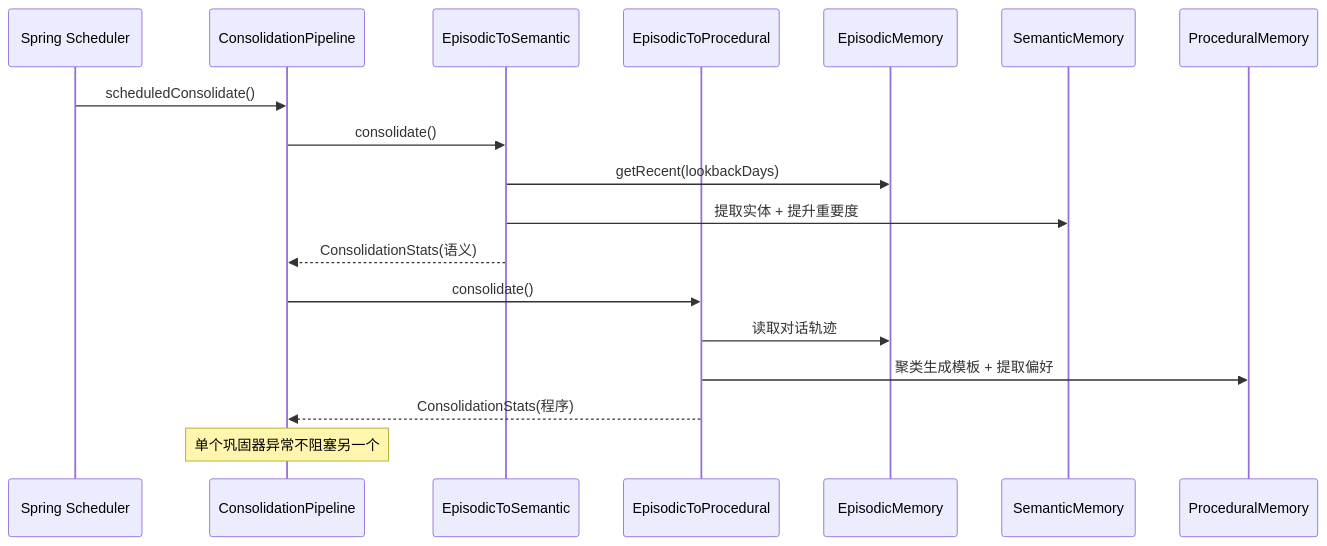
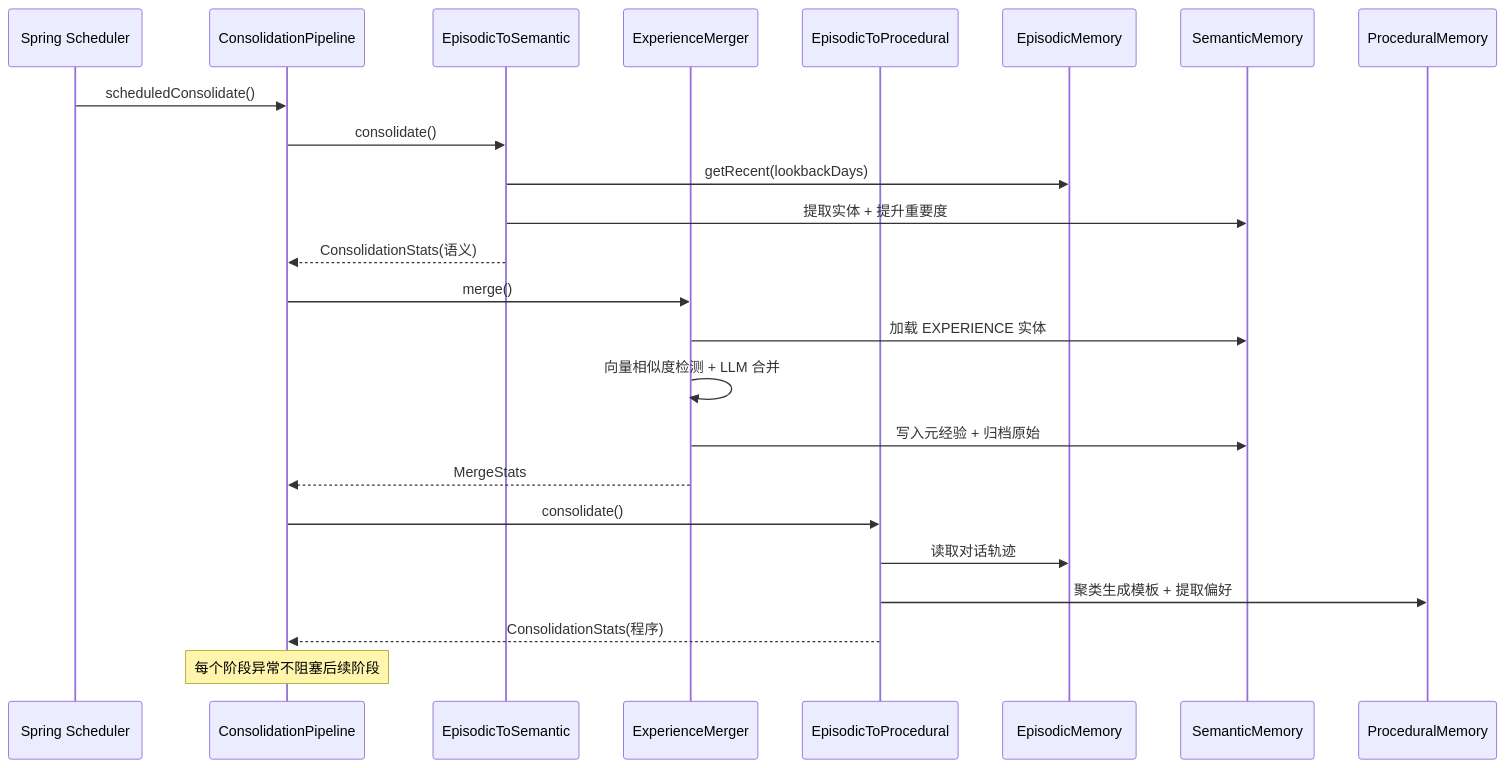
Before and after one commit to ntygod/LifePilot: the second of 3 diagrams in docs/architecture/memory-advanced.md, drawn with Mermaid. The commit also changed other lines of this file and 2 other files, not shown here.

Commit message:
docs(memory): 更新记忆系统文档反映经验学习增强

````diff
--- a/docs/architecture/memory-advanced.md
+++ b/docs/architecture/memory-advanced.md
@@ -139,23 +142,30 @@
 ```mermaid
 sequenceDiagram
     participant SCH as Spring Scheduler
     participant CP as ConsolidationPipeline
     participant E2S as EpisodicToSemantic
+    participant EM_M as ExperienceMerger
     participant E2P as EpisodicToProcedural
     participant EM as EpisodicMemory
     participant SM as SemanticMemory
     participant PM as ProceduralMemory
 
     SCH->>CP: scheduledConsolidate()
     CP->>E2S: consolidate()
     E2S->>EM: getRecent(lookbackDays)
     E2S->>SM: 提取实体 + 提升重要度
     E2S-->>CP: ConsolidationStats(语义)
 
+    CP->>EM_M: merge()
+    EM_M->>SM: 加载 EXPERIENCE 实体
+    EM_M->>EM_M: 向量相似度检测 + LLM 合并
+    EM_M->>SM: 写入元经验 + 归档原始
+    EM_M-->>CP: MergeStats
+
     CP->>E2P: consolidate()
     E2P->>EM: 读取对话轨迹
     E2P->>PM: 聚类生成模板 + 提取偏好
     E2P-->>CP: ConsolidationStats(程序)
 
-    Note over CP: 单个巩固器异常不阻塞另一个
+    Note over CP: 每个阶段异常不阻塞后续阶段
 ```
````
